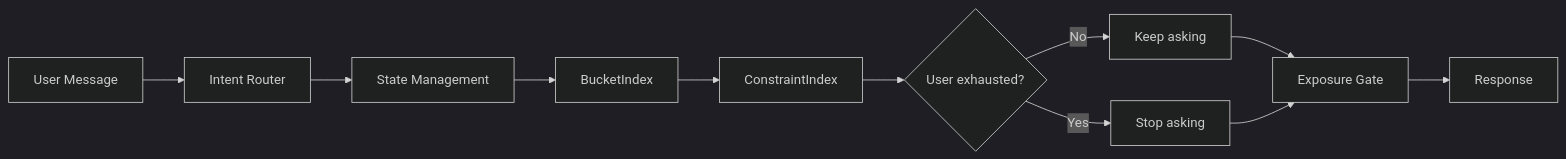
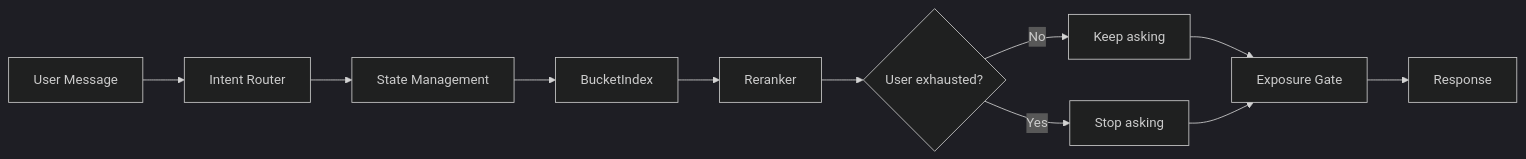
One commit to johngao122/techjam-conversational-search changed the second of 3 diagrams in docs/diagrams/architecture.md. Above: the diagram before and after it, drawn with Mermaid (dark theme). The commit also changed other lines of this file and 8 other files, not shown here.

Commit message:
update diagram

````diff
--- a/docs/diagrams/architecture.md
+++ b/docs/diagrams/architecture.md
@@ -120,13 +131,13 @@
 ```mermaid
 flowchart LR
     A[User Message] --> B[Intent Router]
     B --> C[State Management]
     C --> D[BucketIndex]
-    D --> E[ConstraintIndex]
+    D --> E[Reranker]
     E --> F{User exhausted?}
     F -->|No| G[Keep asking]
     F -->|Yes| H[Stop asking]
     G --> I[Exposure Gate]
     H --> I
     I --> J[Response]
 ```
````
